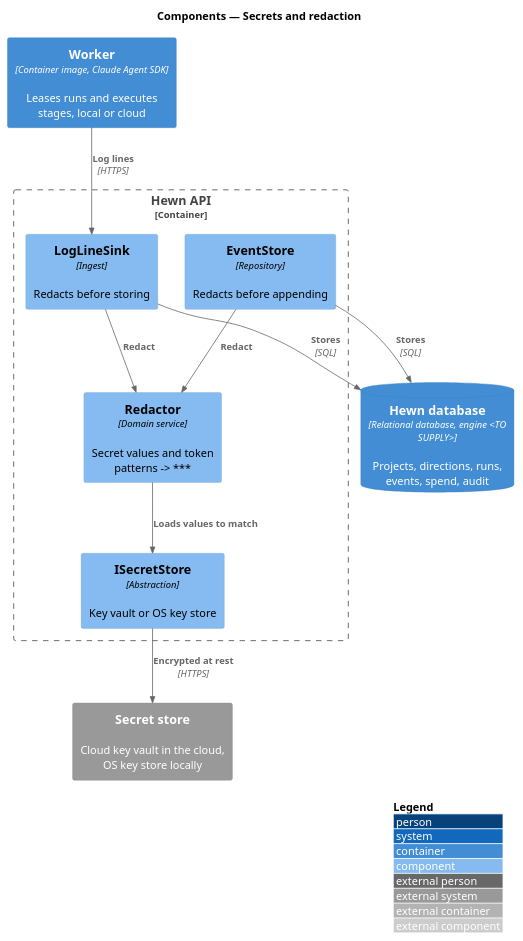
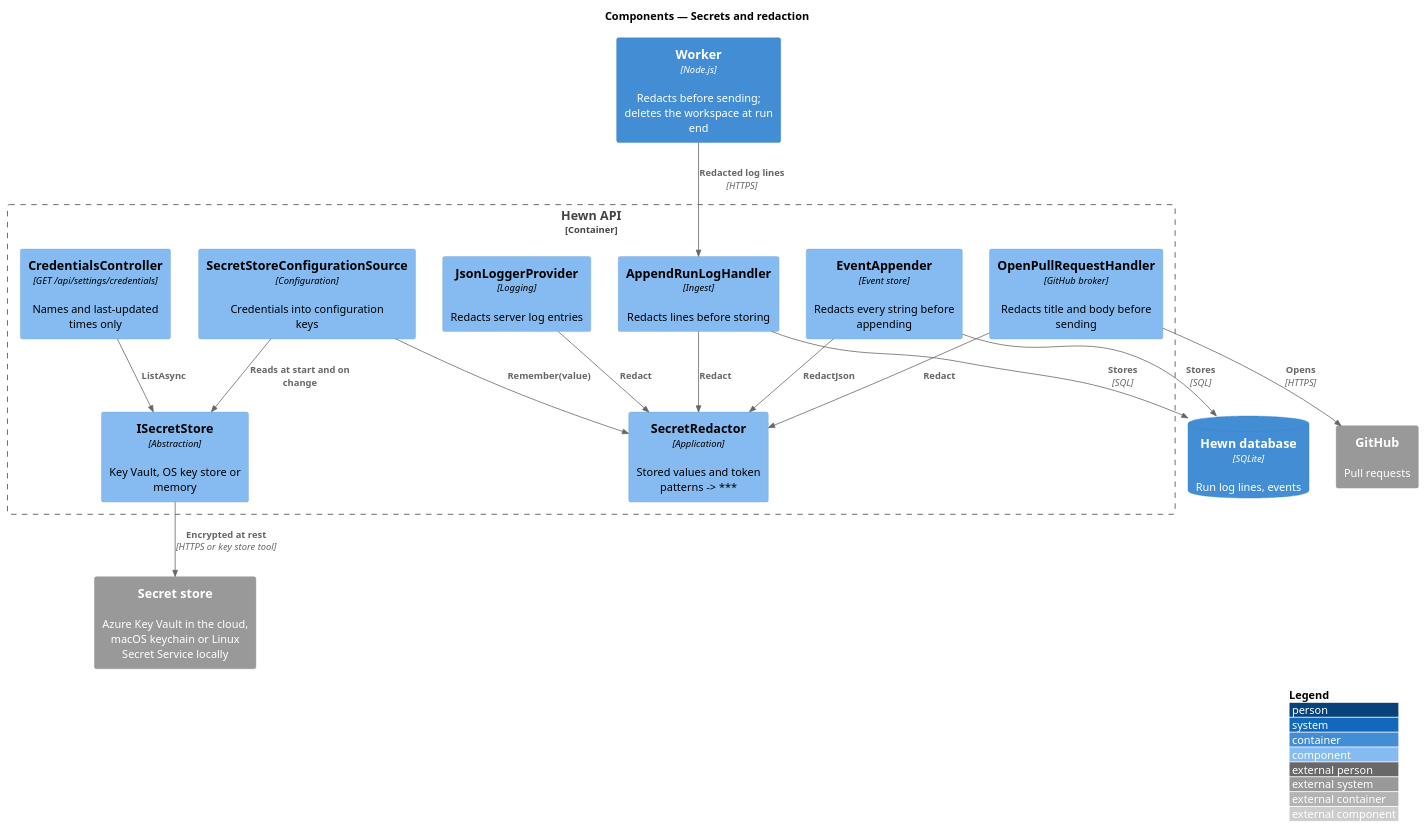
The diagram in docs/detailed-designs/security/secrets-and-redaction/diagrams/c4-component.puml (QuinntyneBrown/hewn), drawn with PlantUML before and after one commit. The commit also changed 72 other files, not shown here.

First line of the commit message:
Configure protected service credentials (journey 37, L2-040, L2-042) (#45)

```diff
--- a/docs/detailed-designs/security/secrets-and-redaction/diagrams/c4-component.puml
+++ b/docs/detailed-designs/security/secrets-and-redaction/diagrams/c4-component.puml
@@ -1,23 +1,33 @@
 @startuml
 !include <C4/C4_Component>
 LAYOUT_WITH_LEGEND()
 title Components — Secrets and redaction
 
-Container(worker, "Worker", "Container image, Claude Agent SDK", "Leases runs and executes stages, local or cloud")
-ContainerDb(db, "Hewn database", "Relational database, engine <TO SUPPLY>", "Projects, directions, runs, events, spend, audit")
+Container(worker, "Worker", "Node.js", "Redacts before sending; deletes the workspace at run end")
+ContainerDb(db, "Hewn database", "SQLite", "Run log lines, events")
+System_Ext(github, "GitHub", "Pull requests")
+System_Ext(vault, "Secret store", "Azure Key Vault in the cloud, macOS keychain or Linux Secret Service locally")
 Container_Boundary(api_b, "Hewn API") {
-  Component(store, "ISecretStore", "Abstraction", "Key vault or OS key store")
-  Component(red, "Redactor", "Domain service", "Secret values and token patterns -> ***")
-  Component(logs, "LogLineSink", "Ingest", "Redacts before storing")
-  Component(events, "EventStore", "Repository", "Redacts before appending")
+  Component(cfg, "SecretStoreConfigurationSource", "Configuration", "Credentials into configuration keys")
+  Component(store, "ISecretStore", "Abstraction", "Key Vault, OS key store or memory")
+  Component(list, "CredentialsController", "GET /api/settings/credentials", "Names and last-updated times only")
+  Component(red, "SecretRedactor", "Application", "Stored values and token patterns -> ***")
+  Component(logs, "AppendRunLogHandler", "Ingest", "Redacts lines before storing")
+  Component(events, "EventAppender", "Event store", "Redacts every string before appending")
+  Component(pr, "OpenPullRequestHandler", "GitHub broker", "Redacts title and body before sending")
+  Component(json, "JsonLoggerProvider", "Logging", "Redacts server log entries")
 }
-System_Ext(vault, "Secret store", "Cloud key vault in the cloud, OS key store locally")
 
-Rel(store, vault, "Encrypted at rest", "HTTPS")
-Rel(red, store, "Loads values to match")
-Rel(worker, logs, "Log lines", "HTTPS")
+Rel(cfg, store, "Reads at start and on change")
+Rel(store, vault, "Encrypted at rest", "HTTPS or key store tool")
+Rel(cfg, red, "Remember(value)")
+Rel(list, store, "ListAsync")
+Rel(worker, logs, "Redacted log lines", "HTTPS")
 Rel(logs, red, "Redact")
-Rel(events, red, "Redact")
+Rel(events, red, "RedactJson")
+Rel(pr, red, "Redact")
+Rel(json, red, "Redact")
 Rel(logs, db, "Stores", "SQL")
 Rel(events, db, "Stores", "SQL")
+Rel(pr, github, "Opens", "HTTPS")
 @enduml
```
